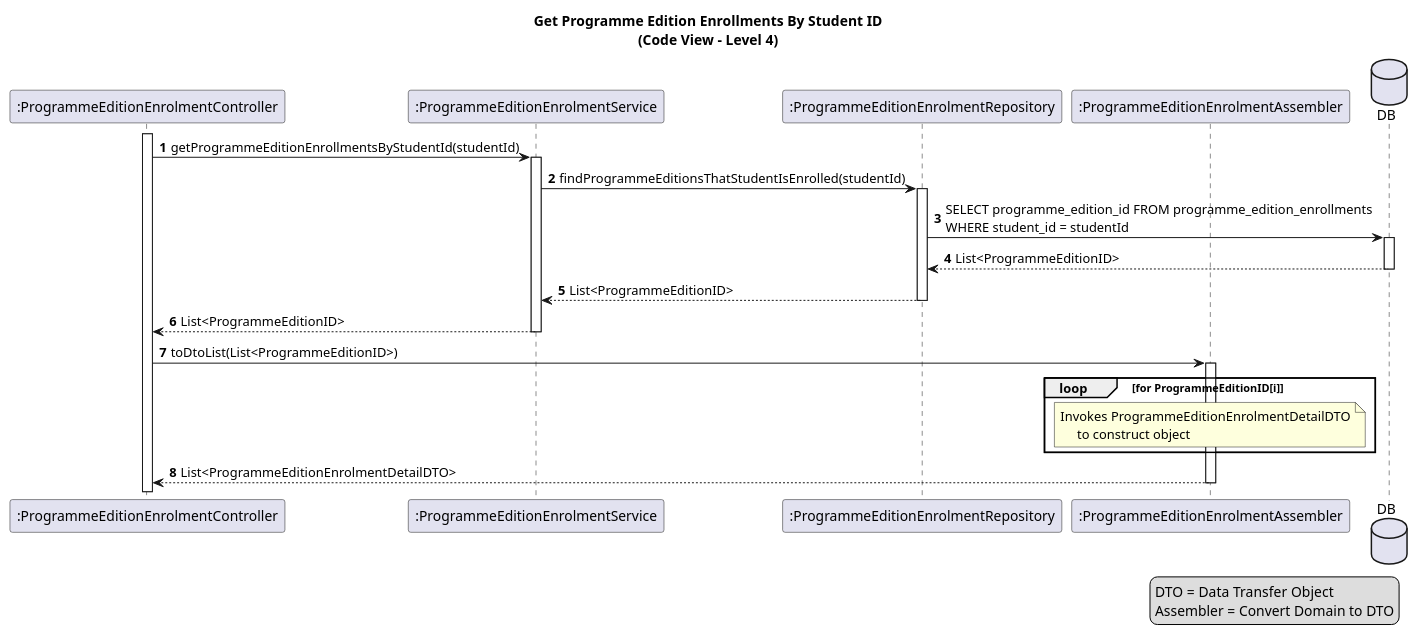
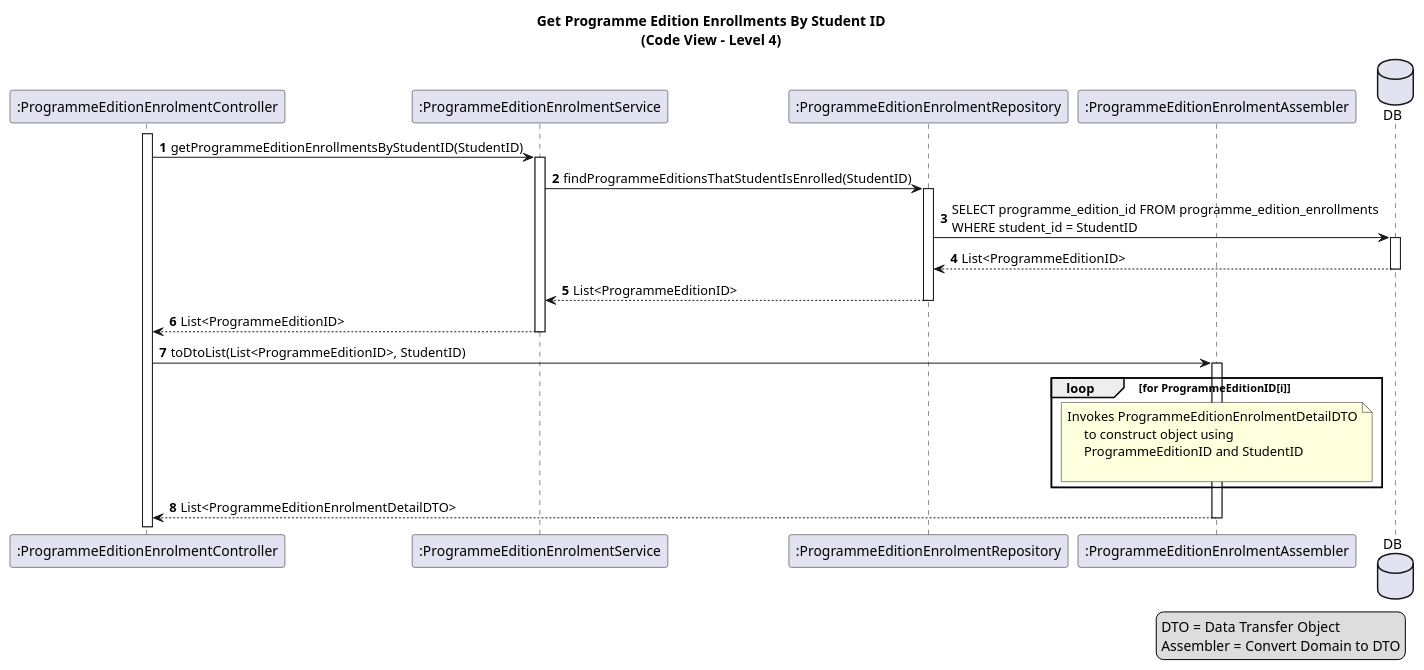
One commit to GasparISEP/DevOps-PAI changed the diagram in docs/US16/sprint6_RestController/process_view/references/GetProgrammeEditionsByStudentId.puml. Above: the diagram before and after it, drawn with PlantUML.

Commit message:
fix(diagram): Update GetProgrammeEditionsByStudentId.puml to use consistent naming for student ID and enhance object construction details in the flow. #589 #500

```diff
--- a/docs/US16/sprint6_RestController/process_view/references/GetProgrammeEditionsByStudentId.puml
+++ b/docs/US16/sprint6_RestController/process_view/references/GetProgrammeEditionsByStudentId.puml
@@ -1,36 +1,38 @@
 @startuml
 title: Get Programme Edition Enrollments By Student ID\n(Code View - Level 4)
 
 autonumber
 
 participant ":ProgrammeEditionEnrolmentController" as peeCtrl
 activate peeCtrl
 participant ":ProgrammeEditionEnrolmentService" as peeService
 participant ":ProgrammeEditionEnrolmentRepository" as peeRepo
 participant ":ProgrammeEditionEnrolmentAssembler" as peeAssembler
 database DB
 
-peeCtrl -> peeService ++: getProgrammeEditionEnrollmentsByStudentId(studentId)
-peeService -> peeRepo ++: findProgrammeEditionsThatStudentIsEnrolled(studentId)
-peeRepo -> DB ++: SELECT programme_edition_id FROM programme_edition_enrollments\nWHERE student_id = studentId
+peeCtrl -> peeService ++: getProgrammeEditionEnrollmentsByStudentID(StudentID)
+peeService -> peeRepo ++: findProgrammeEditionsThatStudentIsEnrolled(StudentID)
+peeRepo -> DB ++: SELECT programme_edition_id FROM programme_edition_enrollments\nWHERE student_id = StudentID
 DB --> peeRepo --: List<ProgrammeEditionID>
 
 peeRepo --> peeService --: List<ProgrammeEditionID>
 peeService --> peeCtrl --: List<ProgrammeEditionID>
 
-peeCtrl -> peeAssembler ++: toDtoList(List<ProgrammeEditionID>)
+peeCtrl -> peeAssembler ++: toDtoList(List<ProgrammeEditionID>, StudentID)
 
 loop for ProgrammeEditionID[i]
     note over of peeAssembler
         Invokes ProgrammeEditionEnrolmentDetailDTO
-             to construct object
+             to construct object using
+             ProgrammeEditionID and StudentID
+            
     end note
 end
 peeAssembler --> peeCtrl --: List<ProgrammeEditionEnrolmentDetailDTO>
 
 legend right
   DTO = Data Transfer Object
   Assembler = Convert Domain to DTO
 end legend
 
 @enduml 
```
